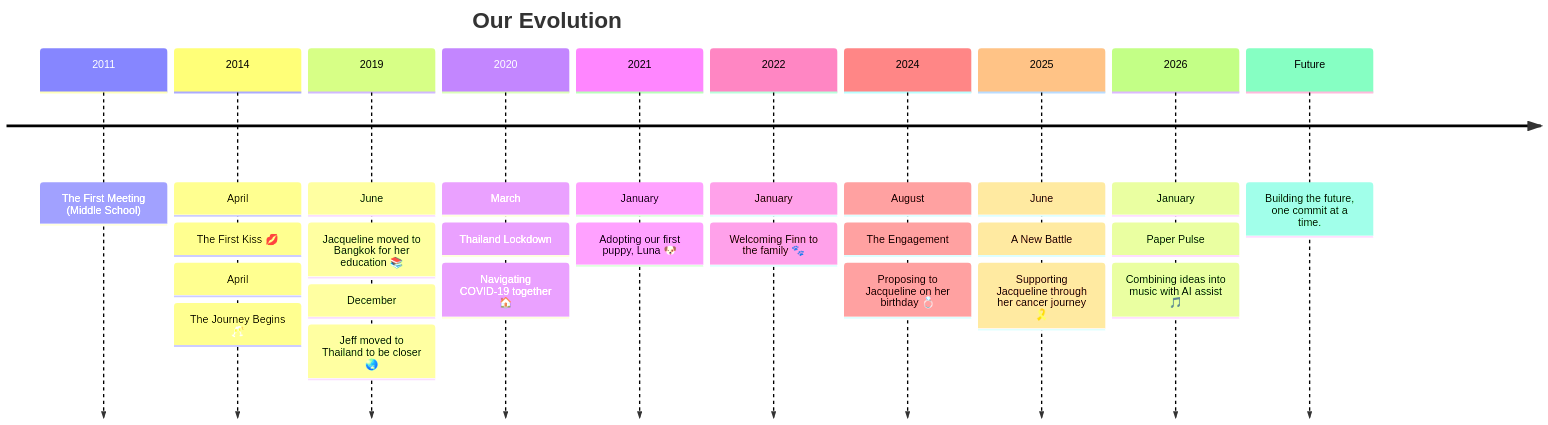
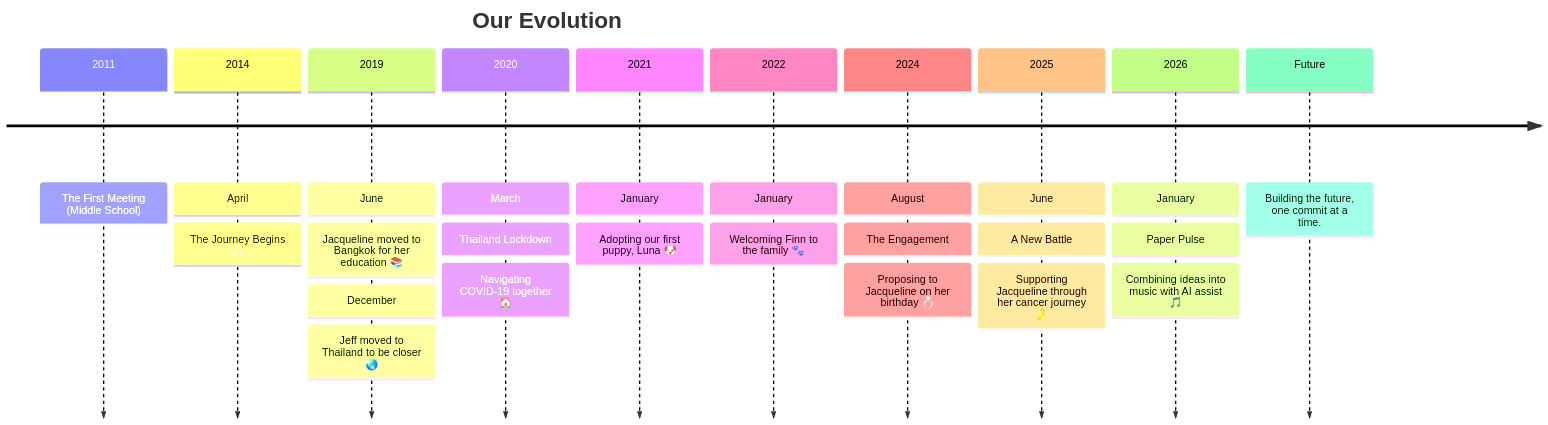
Before and after one commit to ScarletFoundry/love-journey: the diagram in README.md, drawn with Mermaid. The commit also changed other lines of this file, not shown here.

Commit message:
chore: automated journey update [skip ci]

````diff
--- a/README.md
+++ b/README.md
@@ -10,14 +10,14 @@
 ```mermaid
 timeline
     title Our Evolution
     2011 : The First Meeting (Middle School)
-    2014 : April: The First Kiss 💋 : April: The Journey Begins 🥂
+    2014 : April: The Journey Begins 🥂
     2019 : June: Jacqueline moved to Bangkok for her education 📚 : December: Jeff moved to Thailand to be closer 🌏
     2020 : March: Thailand Lockdown: Navigating COVID-19 together 🏠
     2021 : January: Adopting our first puppy, Luna 🐶
     2022 : January: Welcoming Finn to the family 🐾
     2024 : August: The Engagement: Proposing to Jacqueline on her birthday 💍
     2025 : June: A New Battle: Supporting Jacqueline through her cancer journey 🎗️
     2026 : January: Paper Pulse: Combining ideas into music with AI assist 🎵
     Future : Building the future, one commit at a time.
 ```
````
